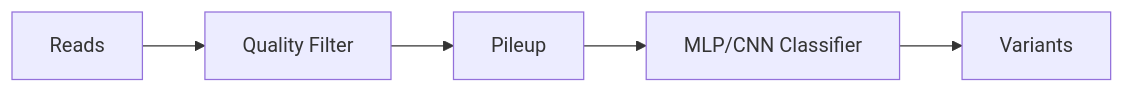
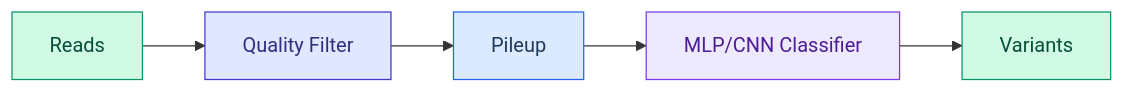
Before and after one commit to avitai/DiffBio: the diagram in docs/examples/advanced/variant-calling.md, drawn with Mermaid. The commit also changed 124 other files, not shown here.

````diff
--- a/docs/examples/advanced/variant-calling.md
+++ b/docs/examples/advanced/variant-calling.md
@@ -13,7 +13,13 @@
 ```mermaid
 graph LR
     A[Reads] --> B[Quality Filter]
     B --> C[Pileup]
     C --> D[MLP/CNN Classifier]
     D --> E[Variants]
+
+    style A fill:#d1fae5,stroke:#059669,color:#064e3b
+    style B fill:#e0e7ff,stroke:#4338ca,color:#312e81
+    style C fill:#dbeafe,stroke:#2563eb,color:#1e3a5f
+    style D fill:#ede9fe,stroke:#7c3aed,color:#4c1d95
+    style E fill:#d1fae5,stroke:#059669,color:#064e3b
 ```
````
